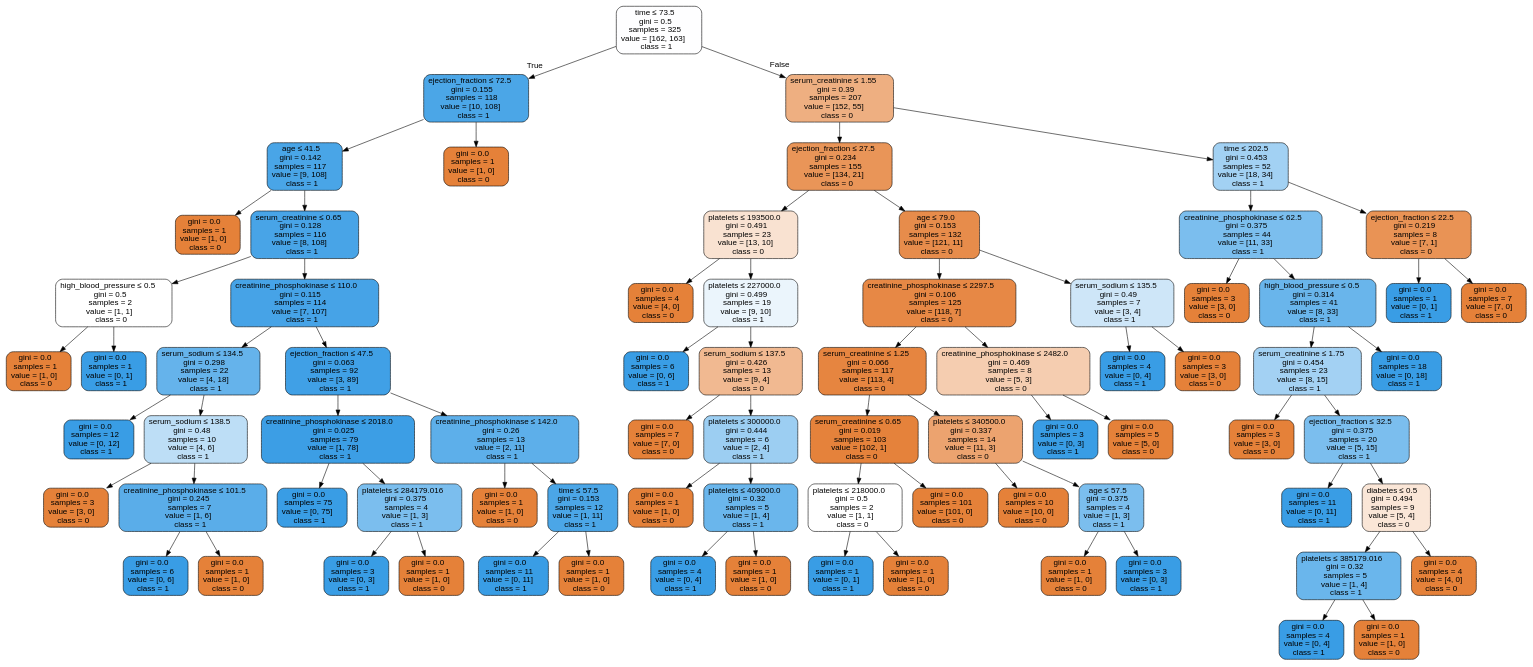
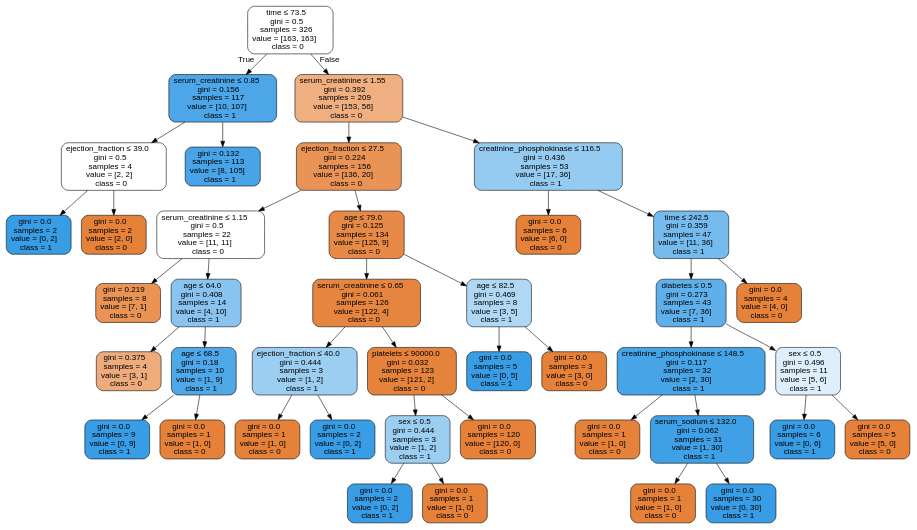
The diagram in Labs/NewClassifiers/Results/DecisionTrees/SMOTE/First/HFCR - SMOTE - dtree.dot (isabelSoares/CD-2021), drawn with Graphviz before and after one commit. The commit also changed 281 other files, not shown here.

```diff
--- a/Labs/NewClassifiers/Results/DecisionTrees/SMOTE/First/HFCR - SMOTE - dtree.dot
+++ b/Labs/NewClassifiers/Results/DecisionTrees/SMOTE/First/HFCR - SMOTE - dtree.dot
@@ -1,157 +1,85 @@
 digraph Tree {
 node [shape=box, style="filled, rounded", color="black", fontname=helvetica] ;
 edge [fontname=helvetica] ;
-0 [label=<time &le; 73.5<br/>gini = 0.5<br/>samples = 325<br/>value = [162, 163]<br/>class = 1>, fillcolor="#fefeff"] ;
-1 [label=<ejection_fraction &le; 72.5<br/>gini = 0.155<br/>samples = 118<br/>value = [10, 108]<br/>class = 1>, fillcolor="#4ba6e7"] ;
+0 [label=<time &le; 73.5<br/>gini = 0.5<br/>samples = 326<br/>value = [163, 163]<br/>class = 0>, fillcolor="#ffffff"] ;
+1 [label=<serum_creatinine &le; 0.85<br/>gini = 0.156<br/>samples = 117<br/>value = [10, 107]<br/>class = 1>, fillcolor="#4ca6e7"] ;
 0 -> 1 [labeldistance=2.5, labelangle=45, headlabel="True"] ;
-2 [label=<age &le; 41.5<br/>gini = 0.142<br/>samples = 117<br/>value = [9, 108]<br/>class = 1>, fillcolor="#49a5e7"] ;
+2 [label=<ejection_fraction &le; 39.0<br/>gini = 0.5<br/>samples = 4<br/>value = [2, 2]<br/>class = 0>, fillcolor="#ffffff"] ;
 1 -> 2 ;
-3 [label=<gini = 0.0<br/>samples = 1<br/>value = [1, 0]<br/>class = 0>, fillcolor="#e58139"] ;
+3 [label=<gini = 0.0<br/>samples = 2<br/>value = [0, 2]<br/>class = 1>, fillcolor="#399de5"] ;
 2 -> 3 ;
-4 [label=<serum_creatinine &le; 0.65<br/>gini = 0.128<br/>samples = 116<br/>value = [8, 108]<br/>class = 1>, fillcolor="#48a4e7"] ;
+4 [label=<gini = 0.0<br/>samples = 2<br/>value = [2, 0]<br/>class = 0>, fillcolor="#e58139"] ;
 2 -> 4 ;
-5 [label=<high_blood_pressure &le; 0.5<br/>gini = 0.5<br/>samples = 2<br/>value = [1, 1]<br/>class = 0>, fillcolor="#ffffff"] ;
-4 -> 5 ;
-6 [label=<gini = 0.0<br/>samples = 1<br/>value = [1, 0]<br/>class = 0>, fillcolor="#e58139"] ;
-5 -> 6 ;
-7 [label=<gini = 0.0<br/>samples = 1<br/>value = [0, 1]<br/>class = 1>, fillcolor="#399de5"] ;
-5 -> 7 ;
-8 [label=<creatinine_phosphokinase &le; 110.0<br/>gini = 0.115<br/>samples = 114<br/>value = [7, 107]<br/>class = 1>, fillcolor="#46a3e7"] ;
-4 -> 8 ;
-9 [label=<serum_sodium &le; 134.5<br/>gini = 0.298<br/>samples = 22<br/>value = [4, 18]<br/>class = 1>, fillcolor="#65b3eb"] ;
+5 [label=<gini = 0.132<br/>samples = 113<br/>value = [8, 105]<br/>class = 1>, fillcolor="#48a4e7"] ;
+1 -> 5 ;
+6 [label=<serum_creatinine &le; 1.55<br/>gini = 0.392<br/>samples = 209<br/>value = [153, 56]<br/>class = 0>, fillcolor="#efaf81"] ;
+0 -> 6 [labeldistance=2.5, labelangle=-45, headlabel="False"] ;
+7 [label=<ejection_fraction &le; 27.5<br/>gini = 0.224<br/>samples = 156<br/>value = [136, 20]<br/>class = 0>, fillcolor="#e99456"] ;
+6 -> 7 ;
+8 [label=<serum_creatinine &le; 1.15<br/>gini = 0.5<br/>samples = 22<br/>value = [11, 11]<br/>class = 0>, fillcolor="#ffffff"] ;
+7 -> 8 ;
+9 [label=<gini = 0.219<br/>samples = 8<br/>value = [7, 1]<br/>class = 0>, fillcolor="#e99355"] ;
 8 -> 9 ;
-10 [label=<gini = 0.0<br/>samples = 12<br/>value = [0, 12]<br/>class = 1>, fillcolor="#399de5"] ;
-9 -> 10 ;
-11 [label=<serum_sodium &le; 138.5<br/>gini = 0.48<br/>samples = 10<br/>value = [4, 6]<br/>class = 1>, fillcolor="#bddef6"] ;
-9 -> 11 ;
-12 [label=<gini = 0.0<br/>samples = 3<br/>value = [3, 0]<br/>class = 0>, fillcolor="#e58139"] ;
-11 -> 12 ;
-13 [label=<creatinine_phosphokinase &le; 101.5<br/>gini = 0.245<br/>samples = 7<br/>value = [1, 6]<br/>class = 1>, fillcolor="#5aade9"] ;
-11 -> 13 ;
-14 [label=<gini = 0.0<br/>samples = 6<br/>value = [0, 6]<br/>class = 1>, fillcolor="#399de5"] ;
-13 -> 14 ;
-15 [label=<gini = 0.0<br/>samples = 1<br/>value = [1, 0]<br/>class = 0>, fillcolor="#e58139"] ;
-13 -> 15 ;
-16 [label=<ejection_fraction &le; 47.5<br/>gini = 0.063<br/>samples = 92<br/>value = [3, 89]<br/>class = 1>, fillcolor="#40a0e6"] ;
-8 -> 16 ;
-17 [label=<creatinine_phosphokinase &le; 2018.0<br/>gini = 0.025<br/>samples = 79<br/>value = [1, 78]<br/>class = 1>, fillcolor="#3c9ee5"] ;
+10 [label=<age &le; 64.0<br/>gini = 0.408<br/>samples = 14<br/>value = [4, 10]<br/>class = 1>, fillcolor="#88c4ef"] ;
+8 -> 10 ;
+11 [label=<gini = 0.375<br/>samples = 4<br/>value = [3, 1]<br/>class = 0>, fillcolor="#eeab7b"] ;
+10 -> 11 ;
+12 [label=<age &le; 68.5<br/>gini = 0.18<br/>samples = 10<br/>value = [1, 9]<br/>class = 1>, fillcolor="#4fa8e8"] ;
+10 -> 12 ;
+13 [label=<gini = 0.0<br/>samples = 9<br/>value = [0, 9]<br/>class = 1>, fillcolor="#399de5"] ;
+12 -> 13 ;
+14 [label=<gini = 0.0<br/>samples = 1<br/>value = [1, 0]<br/>class = 0>, fillcolor="#e58139"] ;
+12 -> 14 ;
+15 [label=<age &le; 79.0<br/>gini = 0.125<br/>samples = 134<br/>value = [125, 9]<br/>class = 0>, fillcolor="#e78a47"] ;
+7 -> 15 ;
+16 [label=<serum_creatinine &le; 0.65<br/>gini = 0.061<br/>samples = 126<br/>value = [122, 4]<br/>class = 0>, fillcolor="#e6853f"] ;
+15 -> 16 ;
+17 [label=<ejection_fraction &le; 40.0<br/>gini = 0.444<br/>samples = 3<br/>value = [1, 2]<br/>class = 1>, fillcolor="#9ccef2"] ;
 16 -> 17 ;
-18 [label=<gini = 0.0<br/>samples = 75<br/>value = [0, 75]<br/>class = 1>, fillcolor="#399de5"] ;
+18 [label=<gini = 0.0<br/>samples = 1<br/>value = [1, 0]<br/>class = 0>, fillcolor="#e58139"] ;
 17 -> 18 ;
-19 [label=<platelets &le; 284179.016<br/>gini = 0.375<br/>samples = 4<br/>value = [1, 3]<br/>class = 1>, fillcolor="#7bbeee"] ;
+19 [label=<gini = 0.0<br/>samples = 2<br/>value = [0, 2]<br/>class = 1>, fillcolor="#399de5"] ;
 17 -> 19 ;
-20 [label=<gini = 0.0<br/>samples = 3<br/>value = [0, 3]<br/>class = 1>, fillcolor="#399de5"] ;
-19 -> 20 ;
-21 [label=<gini = 0.0<br/>samples = 1<br/>value = [1, 0]<br/>class = 0>, fillcolor="#e58139"] ;
-19 -> 21 ;
-22 [label=<creatinine_phosphokinase &le; 142.0<br/>gini = 0.26<br/>samples = 13<br/>value = [2, 11]<br/>class = 1>, fillcolor="#5dafea"] ;
-16 -> 22 ;
+20 [label=<platelets &le; 90000.0<br/>gini = 0.032<br/>samples = 123<br/>value = [121, 2]<br/>class = 0>, fillcolor="#e5833c"] ;
+16 -> 20 ;
+21 [label=<sex &le; 0.5<br/>gini = 0.444<br/>samples = 3<br/>value = [1, 2]<br/>class = 1>, fillcolor="#9ccef2"] ;
+20 -> 21 ;
+22 [label=<gini = 0.0<br/>samples = 2<br/>value = [0, 2]<br/>class = 1>, fillcolor="#399de5"] ;
+21 -> 22 ;
 23 [label=<gini = 0.0<br/>samples = 1<br/>value = [1, 0]<br/>class = 0>, fillcolor="#e58139"] ;
-22 -> 23 ;
-24 [label=<time &le; 57.5<br/>gini = 0.153<br/>samples = 12<br/>value = [1, 11]<br/>class = 1>, fillcolor="#4ba6e7"] ;
-22 -> 24 ;
-25 [label=<gini = 0.0<br/>samples = 11<br/>value = [0, 11]<br/>class = 1>, fillcolor="#399de5"] ;
-24 -> 25 ;
-26 [label=<gini = 0.0<br/>samples = 1<br/>value = [1, 0]<br/>class = 0>, fillcolor="#e58139"] ;
-24 -> 26 ;
-27 [label=<gini = 0.0<br/>samples = 1<br/>value = [1, 0]<br/>class = 0>, fillcolor="#e58139"] ;
-1 -> 27 ;
-28 [label=<serum_creatinine &le; 1.55<br/>gini = 0.39<br/>samples = 207<br/>value = [152, 55]<br/>class = 0>, fillcolor="#eeaf81"] ;
-0 -> 28 [labeldistance=2.5, labelangle=-45, headlabel="False"] ;
-29 [label=<ejection_fraction &le; 27.5<br/>gini = 0.234<br/>samples = 155<br/>value = [134, 21]<br/>class = 0>, fillcolor="#e99558"] ;
+21 -> 23 ;
+24 [label=<gini = 0.0<br/>samples = 120<br/>value = [120, 0]<br/>class = 0>, fillcolor="#e58139"] ;
+20 -> 24 ;
+25 [label=<age &le; 82.5<br/>gini = 0.469<br/>samples = 8<br/>value = [3, 5]<br/>class = 1>, fillcolor="#b0d8f5"] ;
+15 -> 25 ;
+26 [label=<gini = 0.0<br/>samples = 5<br/>value = [0, 5]<br/>class = 1>, fillcolor="#399de5"] ;
+25 -> 26 ;
+27 [label=<gini = 0.0<br/>samples = 3<br/>value = [3, 0]<br/>class = 0>, fillcolor="#e58139"] ;
+25 -> 27 ;
+28 [label=<creatinine_phosphokinase &le; 116.5<br/>gini = 0.436<br/>samples = 53<br/>value = [17, 36]<br/>class = 1>, fillcolor="#96cbf1"] ;
+6 -> 28 ;
+29 [label=<gini = 0.0<br/>samples = 6<br/>value = [6, 0]<br/>class = 0>, fillcolor="#e58139"] ;
 28 -> 29 ;
-30 [label=<platelets &le; 193500.0<br/>gini = 0.491<br/>samples = 23<br/>value = [13, 10]<br/>class = 0>, fillcolor="#f9e2d1"] ;
-29 -> 30 ;
-31 [label=<gini = 0.0<br/>samples = 4<br/>value = [4, 0]<br/>class = 0>, fillcolor="#e58139"] ;
+30 [label=<time &le; 242.5<br/>gini = 0.359<br/>samples = 47<br/>value = [11, 36]<br/>class = 1>, fillcolor="#76bbed"] ;
+28 -> 30 ;
+31 [label=<diabetes &le; 0.5<br/>gini = 0.273<br/>samples = 43<br/>value = [7, 36]<br/>class = 1>, fillcolor="#5fb0ea"] ;
 30 -> 31 ;
-32 [label=<platelets &le; 227000.0<br/>gini = 0.499<br/>samples = 19<br/>value = [9, 10]<br/>class = 1>, fillcolor="#ebf5fc"] ;
-30 -> 32 ;
-33 [label=<gini = 0.0<br/>samples = 6<br/>value = [0, 6]<br/>class = 1>, fillcolor="#399de5"] ;
+32 [label=<creatinine_phosphokinase &le; 148.5<br/>gini = 0.117<br/>samples = 32<br/>value = [2, 30]<br/>class = 1>, fillcolor="#46a4e7"] ;
+31 -> 32 ;
+33 [label=<gini = 0.0<br/>samples = 1<br/>value = [1, 0]<br/>class = 0>, fillcolor="#e58139"] ;
 32 -> 33 ;
-34 [label=<serum_sodium &le; 137.5<br/>gini = 0.426<br/>samples = 13<br/>value = [9, 4]<br/>class = 0>, fillcolor="#f1b991"] ;
+34 [label=<serum_sodium &le; 132.0<br/>gini = 0.062<br/>samples = 31<br/>value = [1, 30]<br/>class = 1>, fillcolor="#40a0e6"] ;
 32 -> 34 ;
-35 [label=<gini = 0.0<br/>samples = 7<br/>value = [7, 0]<br/>class = 0>, fillcolor="#e58139"] ;
+35 [label=<gini = 0.0<br/>samples = 1<br/>value = [1, 0]<br/>class = 0>, fillcolor="#e58139"] ;
 34 -> 35 ;
-36 [label=<platelets &le; 300000.0<br/>gini = 0.444<br/>samples = 6<br/>value = [2, 4]<br/>class = 1>, fillcolor="#9ccef2"] ;
+36 [label=<gini = 0.0<br/>samples = 30<br/>value = [0, 30]<br/>class = 1>, fillcolor="#399de5"] ;
 34 -> 36 ;
-37 [label=<gini = 0.0<br/>samples = 1<br/>value = [1, 0]<br/>class = 0>, fillcolor="#e58139"] ;
-36 -> 37 ;
-38 [label=<platelets &le; 409000.0<br/>gini = 0.32<br/>samples = 5<br/>value = [1, 4]<br/>class = 1>, fillcolor="#6ab6ec"] ;
-36 -> 38 ;
-39 [label=<gini = 0.0<br/>samples = 4<br/>value = [0, 4]<br/>class = 1>, fillcolor="#399de5"] ;
-38 -> 39 ;
-40 [label=<gini = 0.0<br/>samples = 1<br/>value = [1, 0]<br/>class = 0>, fillcolor="#e58139"] ;
-38 -> 40 ;
-41 [label=<age &le; 79.0<br/>gini = 0.153<br/>samples = 132<br/>value = [121, 11]<br/>class = 0>, fillcolor="#e78c4b"] ;
-29 -> 41 ;
-42 [label=<creatinine_phosphokinase &le; 2297.5<br/>gini = 0.106<br/>samples = 125<br/>value = [118, 7]<br/>class = 0>, fillcolor="#e78845"] ;
-41 -> 42 ;
-43 [label=<serum_creatinine &le; 1.25<br/>gini = 0.066<br/>samples = 117<br/>value = [113, 4]<br/>class = 0>, fillcolor="#e68540"] ;
-42 -> 43 ;
-44 [label=<serum_creatinine &le; 0.65<br/>gini = 0.019<br/>samples = 103<br/>value = [102, 1]<br/>class = 0>, fillcolor="#e5823b"] ;
-43 -> 44 ;
-45 [label=<platelets &le; 218000.0<br/>gini = 0.5<br/>samples = 2<br/>value = [1, 1]<br/>class = 0>, fillcolor="#ffffff"] ;
-44 -> 45 ;
-46 [label=<gini = 0.0<br/>samples = 1<br/>value = [0, 1]<br/>class = 1>, fillcolor="#399de5"] ;
-45 -> 46 ;
-47 [label=<gini = 0.0<br/>samples = 1<br/>value = [1, 0]<br/>class = 0>, fillcolor="#e58139"] ;
-45 -> 47 ;
-48 [label=<gini = 0.0<br/>samples = 101<br/>value = [101, 0]<br/>class = 0>, fillcolor="#e58139"] ;
-44 -> 48 ;
-49 [label=<platelets &le; 340500.0<br/>gini = 0.337<br/>samples = 14<br/>value = [11, 3]<br/>class = 0>, fillcolor="#eca36f"] ;
-43 -> 49 ;
-50 [label=<gini = 0.0<br/>samples = 10<br/>value = [10, 0]<br/>class = 0>, fillcolor="#e58139"] ;
-49 -> 50 ;
-51 [label=<age &le; 57.5<br/>gini = 0.375<br/>samples = 4<br/>value = [1, 3]<br/>class = 1>, fillcolor="#7bbeee"] ;
-49 -> 51 ;
-52 [label=<gini = 0.0<br/>samples = 1<br/>value = [1, 0]<br/>class = 0>, fillcolor="#e58139"] ;
-51 -> 52 ;
-53 [label=<gini = 0.0<br/>samples = 3<br/>value = [0, 3]<br/>class = 1>, fillcolor="#399de5"] ;
-51 -> 53 ;
-54 [label=<creatinine_phosphokinase &le; 2482.0<br/>gini = 0.469<br/>samples = 8<br/>value = [5, 3]<br/>class = 0>, fillcolor="#f5cdb0"] ;
-42 -> 54 ;
-55 [label=<gini = 0.0<br/>samples = 3<br/>value = [0, 3]<br/>class = 1>, fillcolor="#399de5"] ;
-54 -> 55 ;
-56 [label=<gini = 0.0<br/>samples = 5<br/>value = [5, 0]<br/>class = 0>, fillcolor="#e58139"] ;
-54 -> 56 ;
-57 [label=<serum_sodium &le; 135.5<br/>gini = 0.49<br/>samples = 7<br/>value = [3, 4]<br/>class = 1>, fillcolor="#cee6f8"] ;
-41 -> 57 ;
-58 [label=<gini = 0.0<br/>samples = 4<br/>value = [0, 4]<br/>class = 1>, fillcolor="#399de5"] ;
-57 -> 58 ;
-59 [label=<gini = 0.0<br/>samples = 3<br/>value = [3, 0]<br/>class = 0>, fillcolor="#e58139"] ;
-57 -> 59 ;
-60 [label=<time &le; 202.5<br/>gini = 0.453<br/>samples = 52<br/>value = [18, 34]<br/>class = 1>, fillcolor="#a2d1f3"] ;
-28 -> 60 ;
-61 [label=<creatinine_phosphokinase &le; 62.5<br/>gini = 0.375<br/>samples = 44<br/>value = [11, 33]<br/>class = 1>, fillcolor="#7bbeee"] ;
-60 -> 61 ;
-62 [label=<gini = 0.0<br/>samples = 3<br/>value = [3, 0]<br/>class = 0>, fillcolor="#e58139"] ;
-61 -> 62 ;
-63 [label=<high_blood_pressure &le; 0.5<br/>gini = 0.314<br/>samples = 41<br/>value = [8, 33]<br/>class = 1>, fillcolor="#69b5eb"] ;
-61 -> 63 ;
-64 [label=<serum_creatinine &le; 1.75<br/>gini = 0.454<br/>samples = 23<br/>value = [8, 15]<br/>class = 1>, fillcolor="#a3d1f3"] ;
-63 -> 64 ;
-65 [label=<gini = 0.0<br/>samples = 3<br/>value = [3, 0]<br/>class = 0>, fillcolor="#e58139"] ;
-64 -> 65 ;
-66 [label=<ejection_fraction &le; 32.5<br/>gini = 0.375<br/>samples = 20<br/>value = [5, 15]<br/>class = 1>, fillcolor="#7bbeee"] ;
-64 -> 66 ;
-67 [label=<gini = 0.0<br/>samples = 11<br/>value = [0, 11]<br/>class = 1>, fillcolor="#399de5"] ;
-66 -> 67 ;
-68 [label=<diabetes &le; 0.5<br/>gini = 0.494<br/>samples = 9<br/>value = [5, 4]<br/>class = 0>, fillcolor="#fae6d7"] ;
-66 -> 68 ;
-69 [label=<platelets &le; 385179.016<br/>gini = 0.32<br/>samples = 5<br/>value = [1, 4]<br/>class = 1>, fillcolor="#6ab6ec"] ;
-68 -> 69 ;
-70 [label=<gini = 0.0<br/>samples = 4<br/>value = [0, 4]<br/>class = 1>, fillcolor="#399de5"] ;
-69 -> 70 ;
-71 [label=<gini = 0.0<br/>samples = 1<br/>value = [1, 0]<br/>class = 0>, fillcolor="#e58139"] ;
-69 -> 71 ;
-72 [label=<gini = 0.0<br/>samples = 4<br/>value = [4, 0]<br/>class = 0>, fillcolor="#e58139"] ;
-68 -> 72 ;
-73 [label=<gini = 0.0<br/>samples = 18<br/>value = [0, 18]<br/>class = 1>, fillcolor="#399de5"] ;
-63 -> 73 ;
-74 [label=<ejection_fraction &le; 22.5<br/>gini = 0.219<br/>samples = 8<br/>value = [7, 1]<br/>class = 0>, fillcolor="#e99355"] ;
-60 -> 74 ;
-75 [label=<gini = 0.0<br/>samples = 1<br/>value = [0, 1]<br/>class = 1>, fillcolor="#399de5"] ;
-74 -> 75 ;
-76 [label=<gini = 0.0<br/>samples = 7<br/>value = [7, 0]<br/>class = 0>, fillcolor="#e58139"] ;
-74 -> 76 ;
+37 [label=<sex &le; 0.5<br/>gini = 0.496<br/>samples = 11<br/>value = [5, 6]<br/>class = 1>, fillcolor="#deeffb"] ;
+31 -> 37 ;
+38 [label=<gini = 0.0<br/>samples = 6<br/>value = [0, 6]<br/>class = 1>, fillcolor="#399de5"] ;
+37 -> 38 ;
+39 [label=<gini = 0.0<br/>samples = 5<br/>value = [5, 0]<br/>class = 0>, fillcolor="#e58139"] ;
+37 -> 39 ;
+40 [label=<gini = 0.0<br/>samples = 4<br/>value = [4, 0]<br/>class = 0>, fillcolor="#e58139"] ;
+30 -> 40 ;
 }
```
